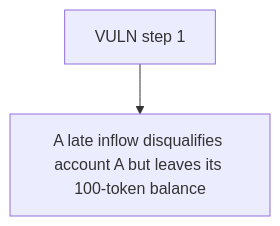
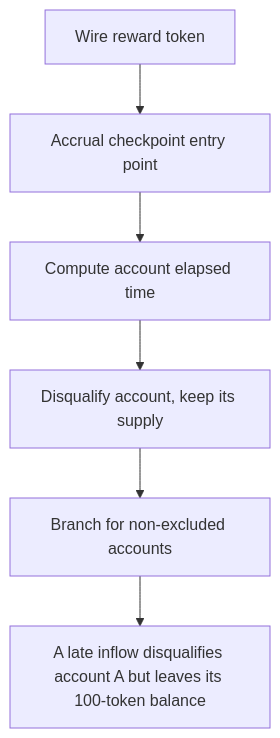
One commit to sanbir/evm-hack-registry changed the diagram in 64665-eligible-supply-is-not-reduced-on-late-entry-spearbit-none-b_exp/64665-eligible-supply-is-not-reduced-on-late-entry-spearbit-none-b_exp.md. Above: the diagram before and after it, drawn with Mermaid. The commit also changed other lines of this file and 79 other files, not shown here.

````diff
--- a/64665-eligible-supply-is-not-reduced-on-late-entry-spearbit-none-b_exp/64665-eligible-supply-is-not-reduced-on-late-entry-spearbit-none-b_exp.md
+++ b/64665-eligible-supply-is-not-reduced-on-late-entry-spearbit-none-b_exp/64665-eligible-supply-is-not-reduced-on-late-entry-spearbit-none-b_exp.md
@@ -28,6 +28,14 @@
 ```mermaid
 flowchart TD
-  S0["VULN step 1"]
+  S0["Wire reward token"]
+  S1["Accrual checkpoint entry point"]
+  S2["Compute account elapsed time"]
+  S3["Disqualify account, keep its supply"]
+  S4["Branch for non-excluded accounts"]
   H["A late inflow disqualifies account A but leaves its 100-token balance "]
-  S0 --> H
+  S0 --> S1
+  S1 --> S2
+  S2 --> S3
+  S3 --> S4
+  S4 --> H
 ```
````
